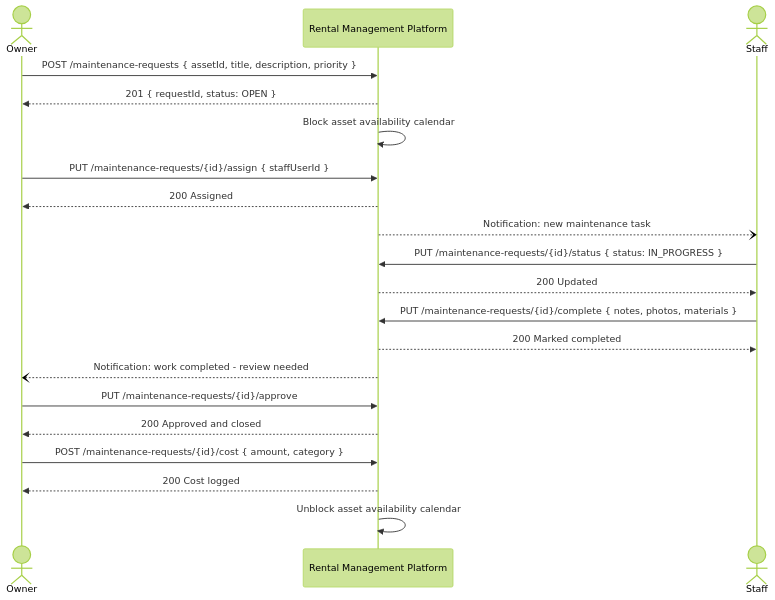
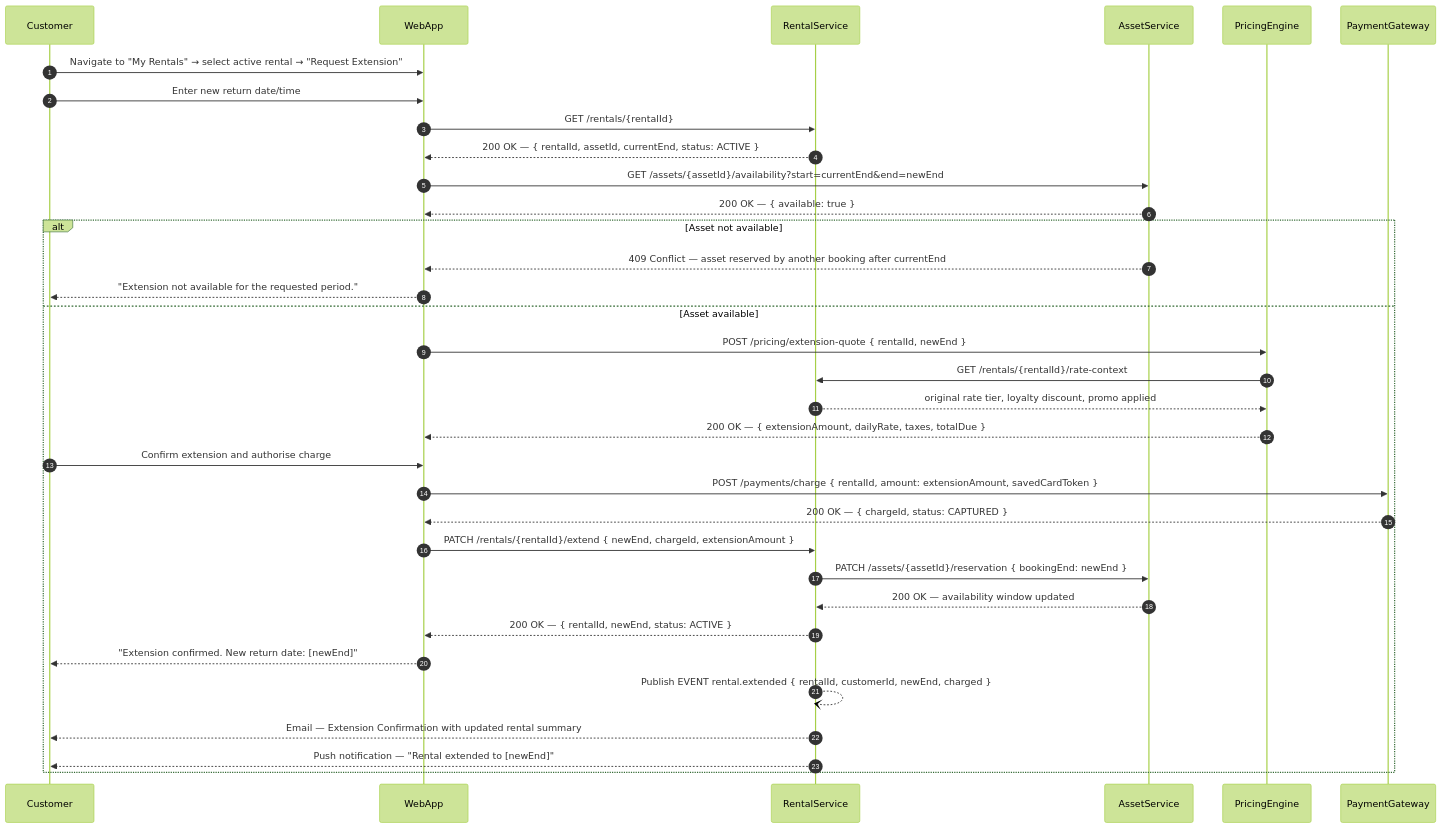
The fourth of 5 diagrams in Rental Management System/high-level-design/system-sequence-diagrams.md (0Ankit0/Project-Ideas), drawn with Mermaid (forest theme) before and after one commit. The commit also changed other lines of this file and 8 other files, not shown here.

Commit message:
docs(rental-management-system): expand documentation to production-grade spec

````diff
--- a/Rental Management System/high-level-design/system-sequence-diagrams.md
+++ b/Rental Management System/high-level-design/system-sequence-diagrams.md
@@ -176,27 +201,45 @@
 ```mermaid
 sequenceDiagram
-    actor Owner
-    participant Platform as Rental Management Platform
-    actor Staff
+    autonumber
+    participant Customer
+    participant WebApp
+    participant RentalService
+    participant AssetService
+    participant PricingEngine
+    participant PaymentGateway
 
-    Owner->>Platform: POST /maintenance-requests { assetId, title, description, priority }
-    Platform-->>Owner: 201 { requestId, status: OPEN }
-    Platform->>Platform: Block asset availability calendar
+    Customer->>WebApp: Navigate to "My Rentals" → select active rental → "Request Extension"
+    Customer->>WebApp: Enter new return date/time
 
-    Owner->>Platform: PUT /maintenance-requests/{id}/assign { staffUserId }
-    Platform-->>Owner: 200 Assigned
-    Platform--)Staff: Notification: new maintenance task
+    WebApp->>RentalService: GET /rentals/{rentalId}
+    RentalService-->>WebApp: 200 OK — { rentalId, assetId, currentEnd, status: ACTIVE }
 
-    Staff->>Platform: PUT /maintenance-requests/{id}/status { status: IN_PROGRESS }
-    Platform-->>Staff: 200 Updated
+    WebApp->>AssetService: GET /assets/{assetId}/availability?start=currentEnd&end=newEnd
+    AssetService-->>WebApp: 200 OK — { available: true }
 
-    Staff->>Platform: PUT /maintenance-requests/{id}/complete { notes, photos, materials }
-    Platform-->>Staff: 200 Marked completed
-    Platform--)Owner: Notification: work completed - review needed
+    alt Asset not available
+        AssetService-->>WebApp: 409 Conflict — asset reserved by another booking after currentEnd
+        WebApp-->>Customer: "Extension not available for the requested period."
+    else Asset available
+        WebApp->>PricingEngine: POST /pricing/extension-quote { rentalId, newEnd }
+        PricingEngine->>RentalService: GET /rentals/{rentalId}/rate-context
+        RentalService-->>PricingEngine: original rate tier, loyalty discount, promo applied
+        PricingEngine-->>WebApp: 200 OK — { extensionAmount, dailyRate, taxes, totalDue }
 
-    Owner->>Platform: PUT /maintenance-requests/{id}/approve
-    Platform-->>Owner: 200 Approved and closed
-    Owner->>Platform: POST /maintenance-requests/{id}/cost { amount, category }
-    Platform-->>Owner: 200 Cost logged
-    Platform->>Platform: Unblock asset availability calendar
+        Customer->>WebApp: Confirm extension and authorise charge
+
+        WebApp->>PaymentGateway: POST /payments/charge { rentalId, amount: extensionAmount, savedCardToken }
+        PaymentGateway-->>WebApp: 200 OK — { chargeId, status: CAPTURED }
+
+        WebApp->>RentalService: PATCH /rentals/{rentalId}/extend { newEnd, chargeId, extensionAmount }
+        RentalService->>AssetService: PATCH /assets/{assetId}/reservation { bookingEnd: newEnd }
+        AssetService-->>RentalService: 200 OK — availability window updated
+
+        RentalService-->>WebApp: 200 OK — { rentalId, newEnd, status: ACTIVE }
+        WebApp-->>Customer: "Extension confirmed. New return date: [newEnd]"
+
+        RentalService--)RentalService: Publish EVENT rental.extended { rentalId, customerId, newEnd, charged }
+        RentalService-->>Customer: Email — Extension Confirmation with updated rental summary
+        RentalService-->>Customer: Push notification — "Rental extended to [newEnd]"
+    end
 ```
````
